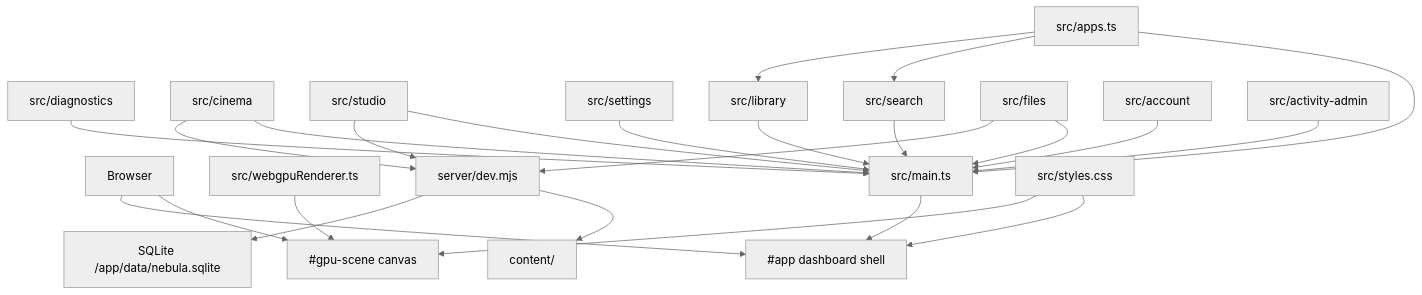
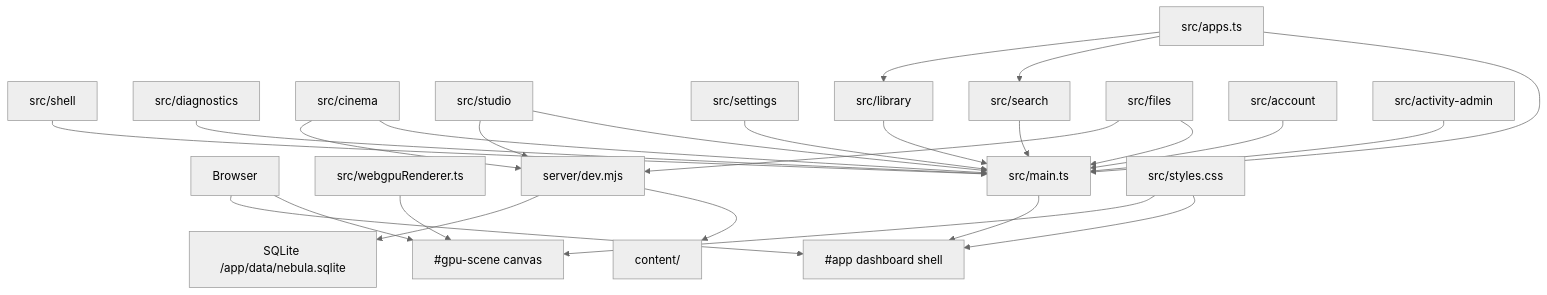
One commit to jost-aaron/nebula changed the diagram in docs/architecture.md. Above: the diagram before and after it, drawn with Mermaid (neutral theme). The commit also changed other lines of this file and 12 other files, not shown here.

````diff
--- a/docs/architecture.md
+++ b/docs/architecture.md
@@ -21,46 +21,48 @@
 ```mermaid
 flowchart TD
   Browser["Browser"]
   Canvas["#gpu-scene canvas"]
   Shell["#app dashboard shell"]
   Renderer["src/webgpuRenderer.ts"]
   Main["src/main.ts"]
+  ShellLogic["src/shell"]
   Registry["src/apps.ts"]
   Diagnostics["src/diagnostics"]
   Cinema["src/cinema"]
   Studio["src/studio"]
   Settings["src/settings"]
   Search["src/search"]
   Library["src/library"]
   Files["src/files"]
   Account["src/account"]
   Activity["src/activity-admin"]
   Server["server/dev.mjs"]
   Content["content/"]
   AccountStore["SQLite /app/data/nebula.sqlite"]
   Styles["src/styles.css"]
 
   Browser --> Canvas
   Browser --> Shell
   Renderer --> Canvas
   Main --> Shell
+  ShellLogic --> Main
   Registry --> Main
   Diagnostics --> Main
   Cinema --> Main
   Studio --> Main
   Settings --> Main
   Search --> Main
   Library --> Main
   Files --> Main
   Account --> Main
   Activity --> Main
   Registry --> Search
   Registry --> Library
   Server --> Content
   Server --> AccountStore
   Files --> Server
   Cinema --> Server
   Studio --> Server
   Styles --> Shell
   Styles --> Canvas
 ```
````
